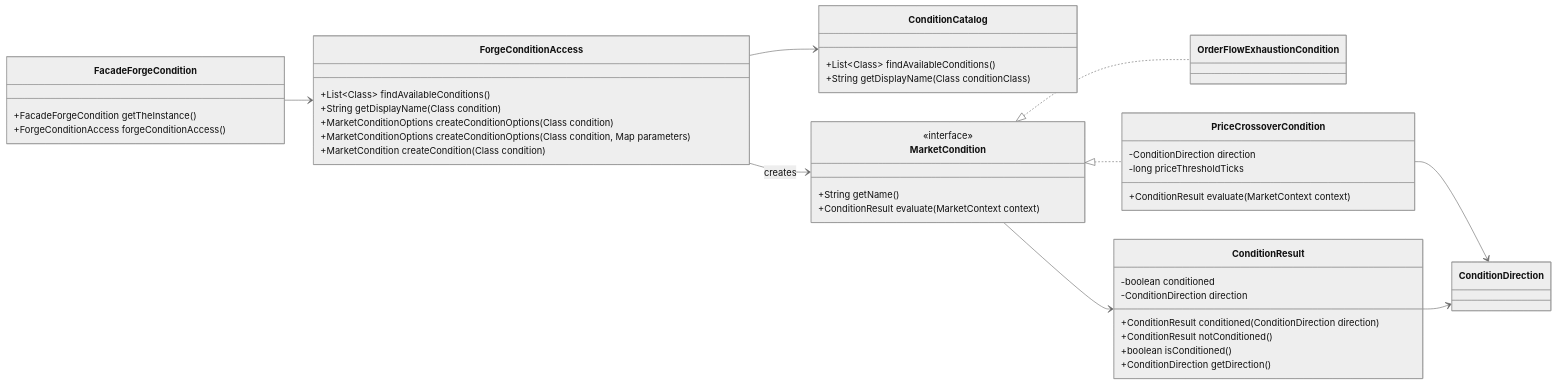
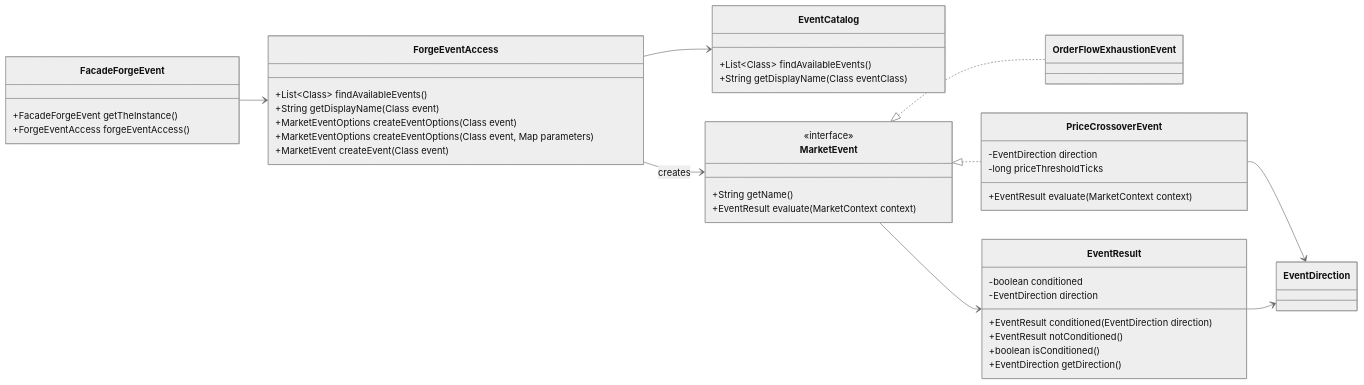
One commit to probst-paul/FORGE changed diagram 14 of 22 in class-model.md. Above: the diagram before and after it, drawn with Mermaid (neutral theme). The commit also changed other lines of this file and 74 other files, not shown here.

First line of the commit message:
Standardize market events and remove obsolete placeholders

````diff
--- a/class-model.md
+++ b/class-model.md
@@ -955,53 +947,53 @@
 ```mermaid
 classDiagram
     direction LR
 
-    class FacadeForgeCondition {
-        +FacadeForgeCondition getTheInstance()
-        +ForgeConditionAccess forgeConditionAccess()
+    class FacadeForgeEvent {
+        +FacadeForgeEvent getTheInstance()
+        +ForgeEventAccess forgeEventAccess()
     }
 
-    class ForgeConditionAccess {
-        +List~Class~ findAvailableConditions()
-        +String getDisplayName(Class condition)
-        +MarketConditionOptions createConditionOptions(Class condition)
-        +MarketConditionOptions createConditionOptions(Class condition, Map parameters)
-        +MarketCondition createCondition(Class condition)
+    class ForgeEventAccess {
+        +List~Class~ findAvailableEvents()
+        +String getDisplayName(Class event)
+        +MarketEventOptions createEventOptions(Class event)
+        +MarketEventOptions createEventOptions(Class event, Map parameters)
+        +MarketEvent createEvent(Class event)
     }
 
-    class ConditionCatalog {
-        +List~Class~ findAvailableConditions()
-        +String getDisplayName(Class conditionClass)
+    class EventCatalog {
+        +List~Class~ findAvailableEvents()
+        +String getDisplayName(Class eventClass)
     }
 
-    class MarketCondition {
+    class MarketEvent {
         <<interface>>
         +String getName()
-        +ConditionResult evaluate(MarketContext context)
+        +EventResult evaluate(MarketContext context)
     }
 
-    class OrderFlowExhaustionCondition
-    class PriceCrossoverCondition {
-        -ConditionDirection direction
+    class OrderFlowExhaustionEvent
+    class PriceCrossoverEvent {
+        -EventDirection direction
         -long priceThresholdTicks
-        +ConditionResult evaluate(MarketContext context)
+        +EventResult evaluate(MarketContext context)
     }
-    class ConditionResult {
+    class EventResult {
         -boolean conditioned
-        -ConditionDirection direction
-        +ConditionResult conditioned(ConditionDirection direction)
-        +ConditionResult notConditioned()
+        -EventDirection direction
+        +EventResult conditioned(EventDirection direction)
+        +EventResult notConditioned()
         +boolean isConditioned()
-        +ConditionDirection getDirection()
+        +EventDirection getDirection()
     }
-    class ConditionDirection
+    class EventDirection
 
-    FacadeForgeCondition --> ForgeConditionAccess
-    ForgeConditionAccess --> ConditionCatalog
-    ForgeConditionAccess --> MarketCondition : creates
-    MarketCondition <|.. OrderFlowExhaustionCondition
-    MarketCondition <|.. PriceCrossoverCondition
-    MarketCondition --> ConditionResult
-    PriceCrossoverCondition --> ConditionDirection
-    ConditionResult --> ConditionDirection
+    FacadeForgeEvent --> ForgeEventAccess
+    ForgeEventAccess --> EventCatalog
+    ForgeEventAccess --> MarketEvent : creates
+    MarketEvent <|.. OrderFlowExhaustionEvent
+    MarketEvent <|.. PriceCrossoverEvent
+    MarketEvent --> EventResult
+    PriceCrossoverEvent --> EventDirection
+    EventResult --> EventDirection
 ```
````
